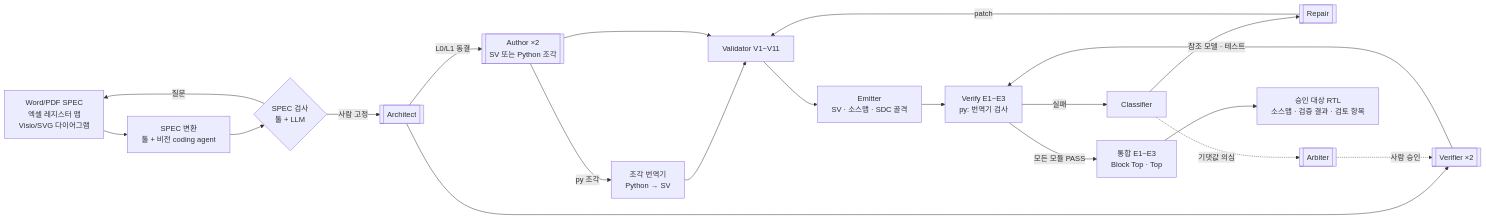
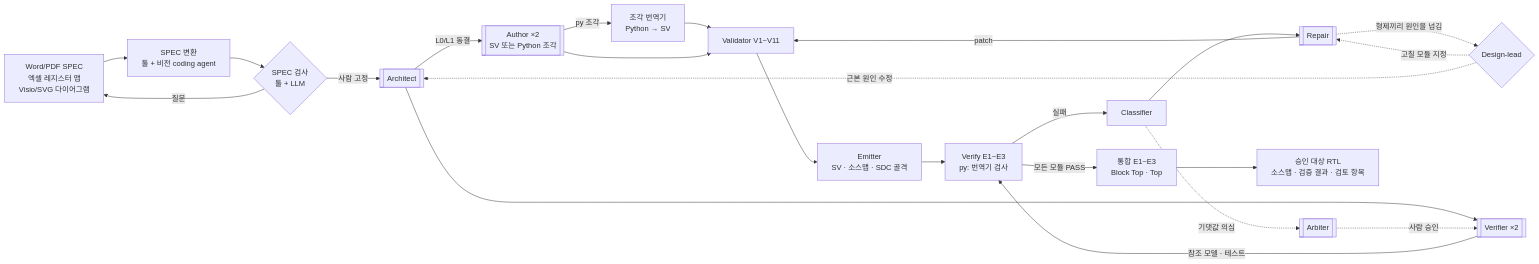
One commit to lee30806/chip-design-department changed the second of 3 diagrams in ARCHITECTURE.md. Above: the diagram before and after it, drawn with Mermaid. The commit also changed other lines of this file and 28 other files, not shown here.

````diff
--- a/ARCHITECTURE.md
+++ b/ARCHITECTURE.md
@@ -105,22 +105,25 @@
 ```mermaid
 flowchart LR
   SRC[Word/PDF SPEC<br/>엑셀 레지스터 맵<br/>Visio/SVG 다이어그램] --> CONV[SPEC 변환<br/>툴 + 비전 coding agent]
   CONV --> CHK{SPEC 검사<br/>툴 + LLM}
   CHK -- 질문 --> SRC
   CHK -- 사람 고정 --> ARCH[[Architect]]
   ARCH -- L0/L1 동결 --> AUTH[[Author ×2<br/>SV 또는 Python 조각]]
   ARCH --> VER[[Verifier ×2]]
   AUTH -- py 조각 --> LOW[조각 번역기<br/>Python → SV]
   LOW --> VAL
   AUTH --> VAL[Validator V1~V11]
   VAL --> EMIT[Emitter<br/>SV · 소스맵 · SDC 골격]
   EMIT --> VFY[Verify E1~E3<br/>py: 번역기 검사]
   VER -- 참조 모델 · 테스트 --> VFY
   VFY -- 실패 --> CLS[Classifier]
   CLS --> REP[[Repair]]
   REP -- patch --> VAL
+  REP -. 형제끼리 원인을 넘김 .-> DLD{Design-lead}
+  DLD -. 고칠 모듈 지정 .-> REP
+  DLD -. 근본 원인 수정 .-> ARCH
   CLS -. 기댓값 의심 .-> ARB[[Arbiter]]
   ARB -. 사람 승인 .-> VER
   VFY -- 모든 모듈 PASS --> INT[통합 E1~E3<br/>Block Top · Top]
   INT --> OUT[승인 대상 RTL<br/>소스맵 · 검증 결과 · 검토 항목]
 ```
````
